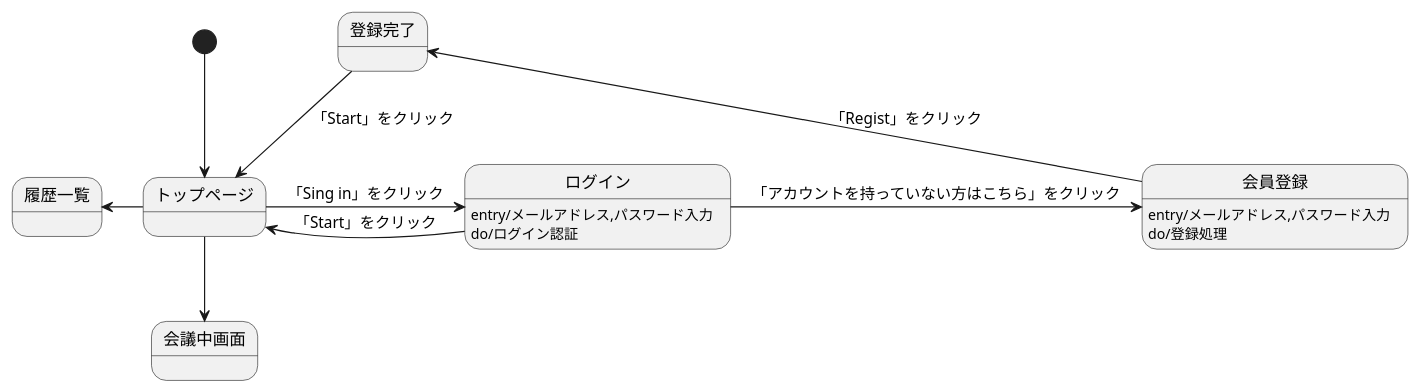
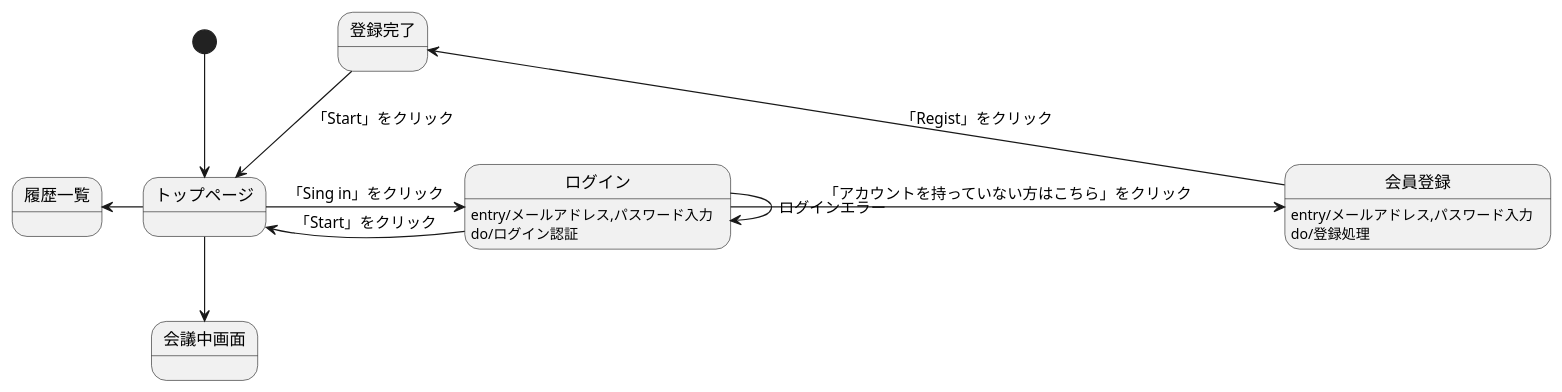
Before and after one commit to Aso2001031/2021sys-design: the diagram in 画面遷移図.md, drawn with PlantUML.

````diff
--- a/画面遷移図.md
+++ b/画面遷移図.md
@@ -1,24 +1,25 @@
 ```uml
 @startuml
 
 [*] -down-> トップページ
 
 
 トップページ -right-> ログイン :「Sing in」をクリック
 トップページ -left-> 履歴一覧
 トップページ -down-> 会議中画面
 
 
 ログイン : entry/メールアドレス,パスワード入力
 ログイン : do/ログイン認証
 ログイン -left-> トップページ :「Start」をクリック
 ログイン -right-> 会員登録 :「アカウントを持っていない方はこちら」をクリック
+ログイン -> ログイン :ログインエラー
 
 会員登録 : entry/メールアドレス,パスワード入力
 会員登録 : do/登録処理
 会員登録 -up-> 登録完了 : 「Regist」をクリック
 
 登録完了 -> トップページ :「Start」をクリック
 
 @enduml
 ```
````
